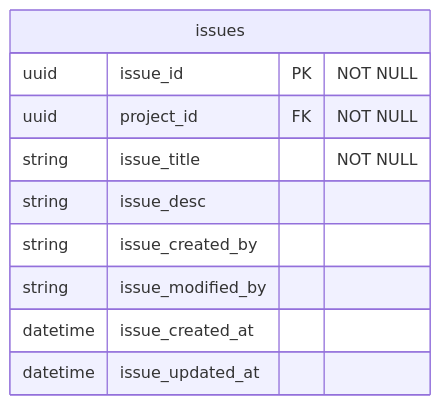
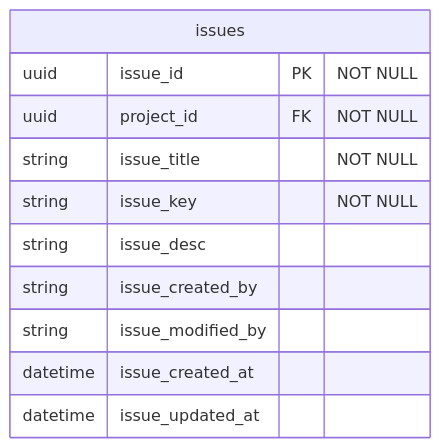
One commit to jujoycode/hydra changed the fourth of 6 diagrams in docs/table-erd.md. Above: the diagram before and after it, drawn with Mermaid.

Commit message:
🐌 add issue_key

````diff
--- a/docs/table-erd.md
+++ b/docs/table-erd.md
@@ -48,13 +48,14 @@
 ```mermaid
 erDiagram
     issues {
         uuid issue_id PK "NOT NULL"
         uuid project_id FK "NOT NULL"
         string issue_title "NOT NULL"
+        string issue_key "NOT NULL"
         string issue_desc
         string issue_created_by
         string issue_modified_by
         datetime issue_created_at
         datetime issue_updated_at
     }
 ```
````
